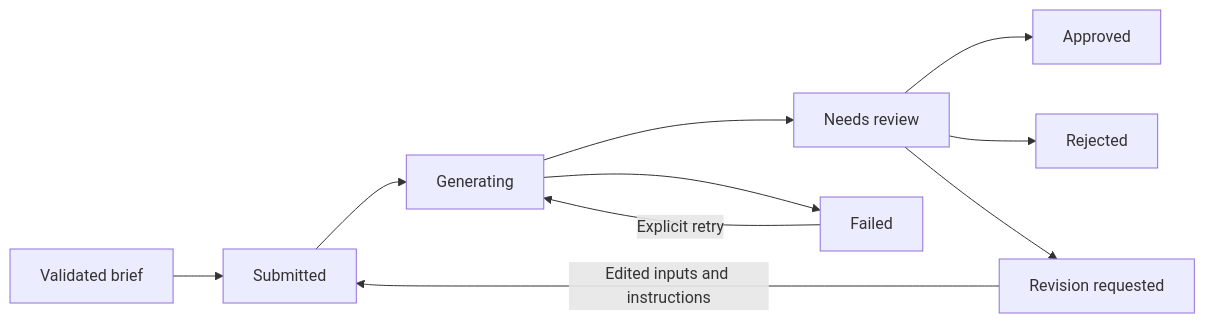
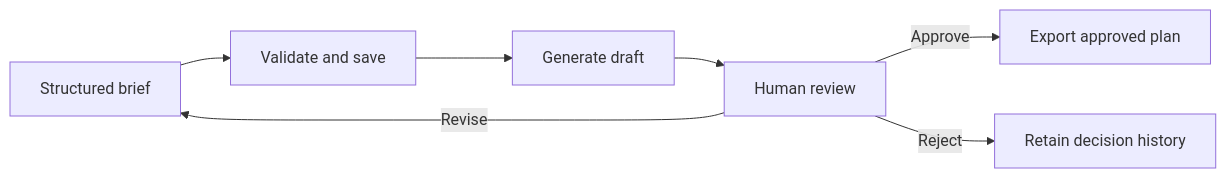
One commit to jeushdev/campaign-brief-studio changed the diagram in README.md. Above: the diagram before and after it, drawn with Mermaid. The commit also changed other lines of this file and 76 other files, not shown here.

````diff
--- a/README.md
+++ b/README.md
@@ -111,12 +49,9 @@
 ```mermaid
 flowchart LR
-  A[Validated brief] --> B[Submitted]
-  B --> C[Generating]
-  C --> D[Needs review]
-  C --> E[Failed]
-  E -->|Explicit retry| C
-  D --> F[Approved]
-  D --> G[Rejected]
-  D --> H[Revision requested]
-  H -->|Edited inputs and instructions| B
+  Brief[Structured brief] --> Validate[Validate and save]
+  Validate --> Generate[Generate draft]
+  Generate --> Review[Human review]
+  Review -->|Revise| Brief
+  Review -->|Approve| Export[Export approved plan]
+  Review -->|Reject| History[Retain decision history]
 ```
````
